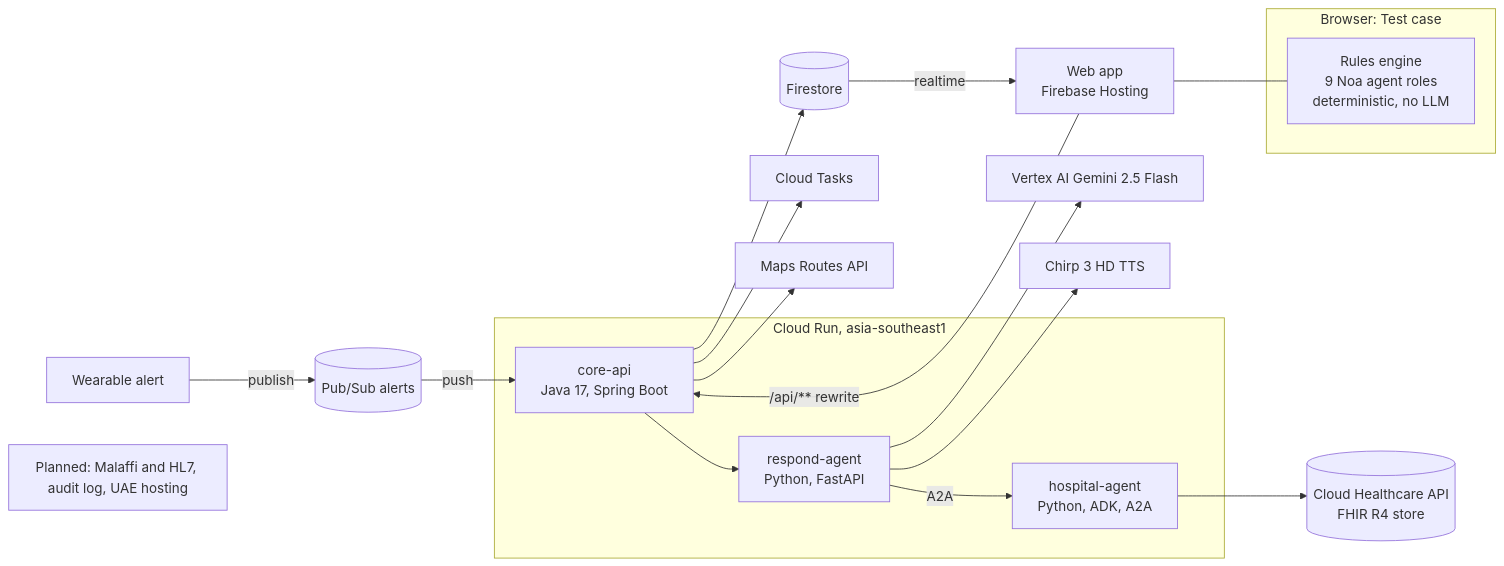
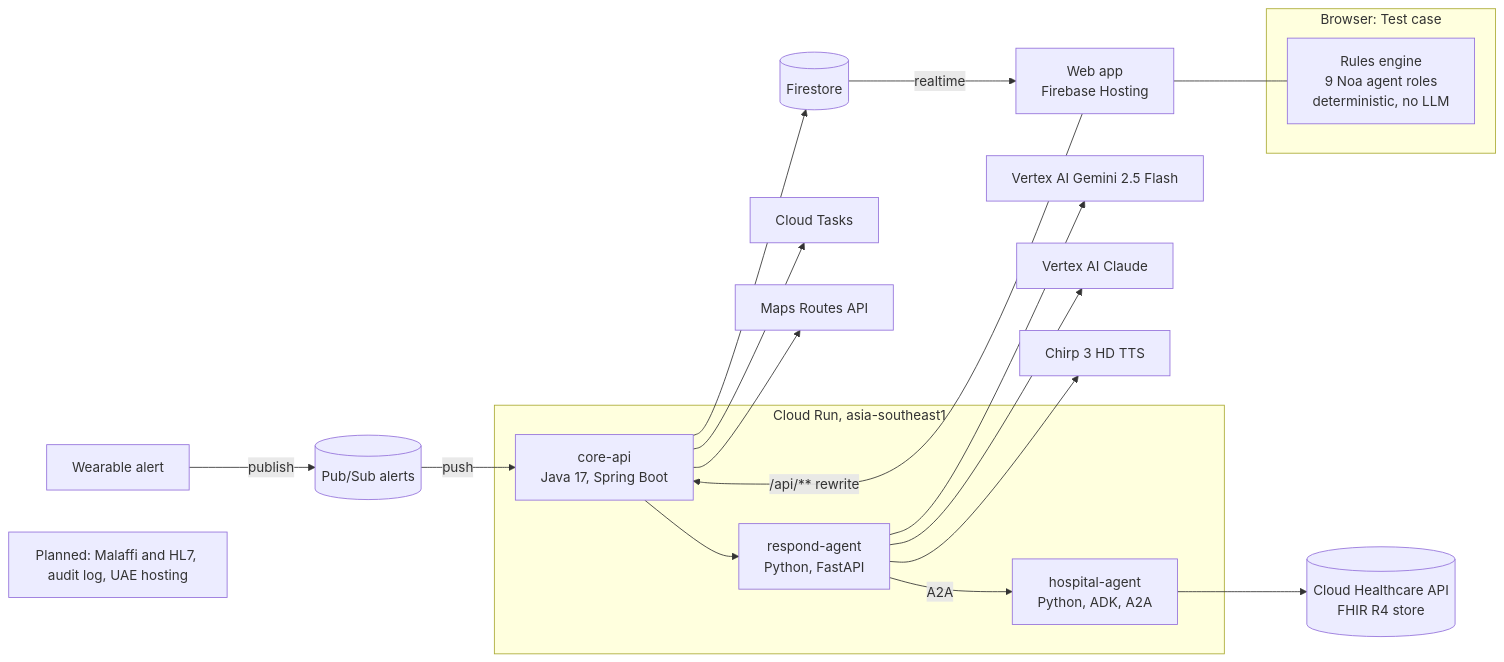
Before and after one commit to Inside-Sync/no-one-alone: the diagram in docs/submission/architecture.md, drawn with Mermaid. The commit also changed other lines of this file and 4 other files, not shown here.

````diff
--- a/docs/submission/architecture.md
+++ b/docs/submission/architecture.md
@@ -5,25 +5,26 @@
 ```mermaid
 flowchart LR
     subgraph Browser[Browser: Test case]
         TC[Rules engine<br/>9 Noa agent roles<br/>deterministic, no LLM]
     end
     W[Wearable alert] -->|publish| PS[(Pub/Sub alerts)]
     PS -->|push| CA
     subgraph Run[Cloud Run, asia-southeast1]
         CA[core-api<br/>Java 17, Spring Boot]
         RA[respond-agent<br/>Python, FastAPI]
         HA[hospital-agent<br/>Python, ADK, A2A]
     end
     CA --> RA
     RA -->|A2A| HA
     RA --> VX[Vertex AI Gemini 2.5 Flash]
+    RA --> CL[Vertex AI Claude]
     RA --> TTS[Chirp 3 HD TTS]
     HA --> FHIR[(Cloud Healthcare API<br/>FHIR R4 store)]
     CA --> CT[Cloud Tasks]
     CA --> RT[Maps Routes API]
     CA --> FS[(Firestore)]
     FS -->|realtime| WEB[Web app<br/>Firebase Hosting]
     WEB -->|/api/** rewrite| CA
     WEB --- TC
     PLAN[Planned: Malaffi and HL7, audit log, UAE hosting]
 ```
````
